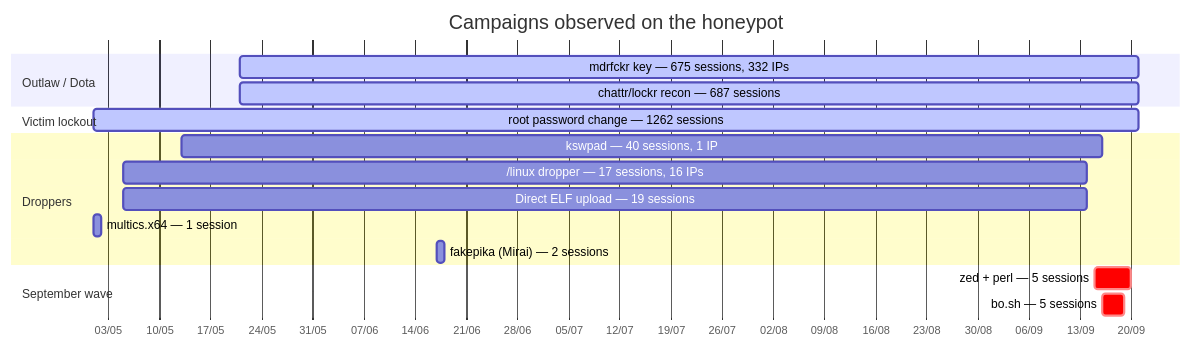
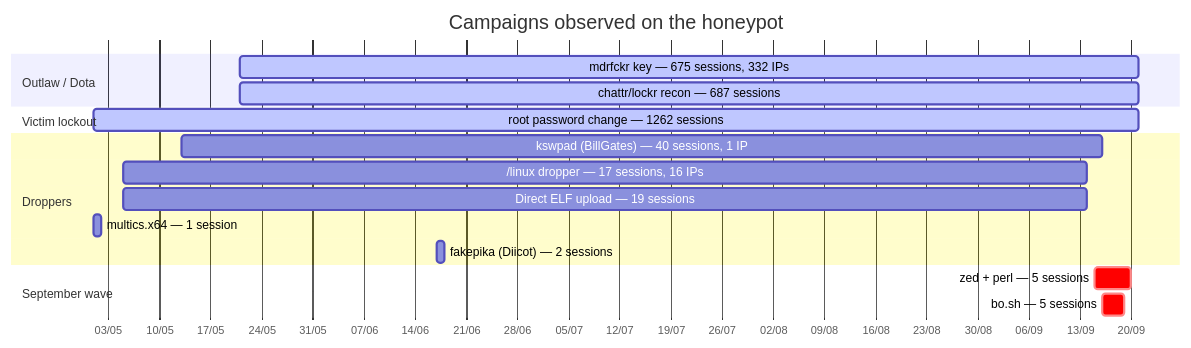
Before and after one commit to Vr00mm/honeypot-writeup: the eighth of 9 diagrams in README.md, drawn with Mermaid. The commit also changed other lines of this file and 1 other file, not shown here.

````diff
--- a/README.md
+++ b/README.md
@@ -737,24 +737,24 @@
 ```mermaid
 gantt
     title Campaigns observed on the honeypot
     dateFormat YYYY-MM-DD
     axisFormat %d/%m
 
     section Outlaw / Dota
     mdrfckr key — 675 sessions, 332 IPs     :active, 2026-05-21, 2026-09-21
     chattr/lockr recon — 687 sessions       :active, 2026-05-21, 2026-09-21
 
     section Victim lockout
     root password change — 1262 sessions    :active, 2026-05-01, 2026-09-21
 
     section Droppers
-    kswpad — 40 sessions, 1 IP              :2026-05-13, 2026-09-16
+    kswpad (BillGates) — 40 sessions, 1 IP  :2026-05-13, 2026-09-16
     /linux dropper — 17 sessions, 16 IPs    :2026-05-05, 2026-09-14
     Direct ELF upload — 19 sessions         :2026-05-05, 2026-09-14
     multics.x64 — 1 session                 :2026-05-01, 2026-05-02
-    fakepika (Mirai) — 2 sessions           :2026-06-17, 2026-06-18
+    fakepika (Diicot) — 2 sessions          :2026-06-17, 2026-06-18
 
     section September wave
     zed + perl — 5 sessions                 :crit, 2026-09-15, 2026-09-20
     bo.sh — 5 sessions                      :crit, 2026-09-16, 2026-09-19
 ```
````
